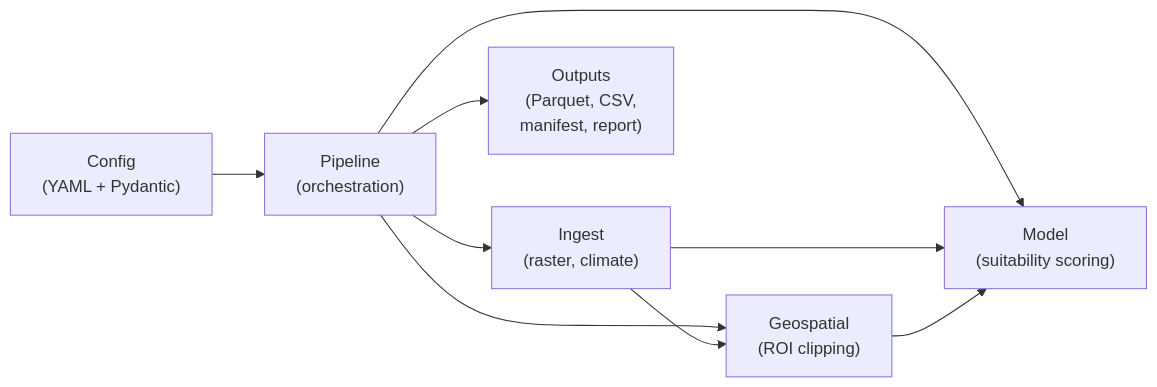
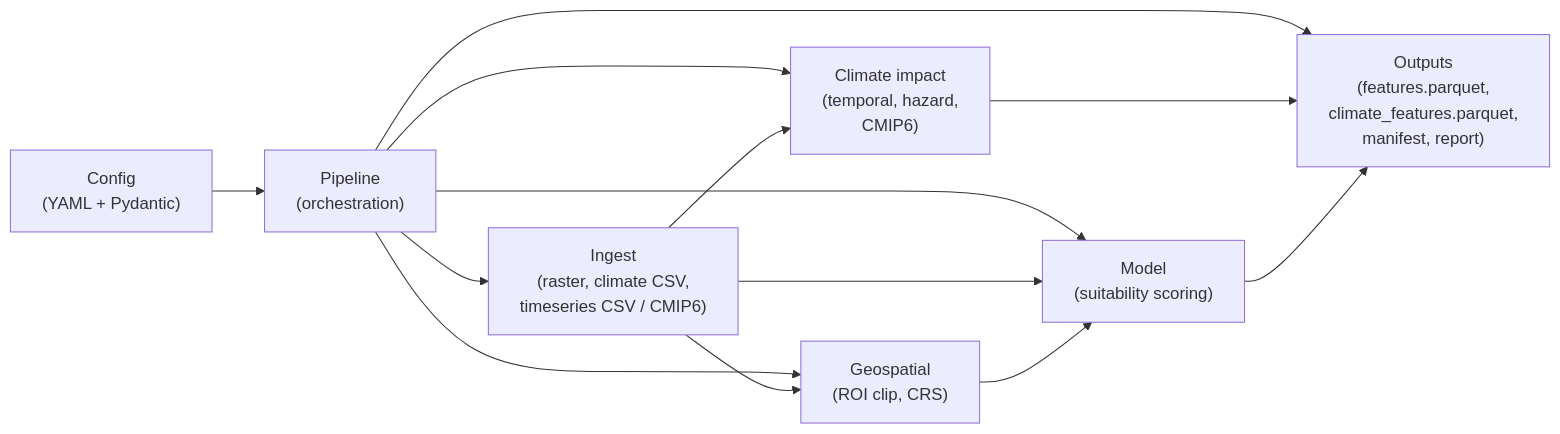
One commit to gmarupilla/AgroTerraFlow changed the diagram in README.md. Above: the diagram before and after it, drawn with Mermaid. The commit also changed 20 other files, not shown here.

First line of the commit message:
feat(#138f): wire run_pipeline to climate-impact orchestrator (#150)

````diff
--- a/README.md
+++ b/README.md
@@ -22,11 +22,15 @@
 ```mermaid
 flowchart LR
     CFG["Config<br/>(YAML + Pydantic)"] --> PIPE["Pipeline<br/>(orchestration)"]
-    PIPE --> ING["Ingest<br/>(raster, climate)"]
-    PIPE --> GEO["Geospatial<br/>(ROI clipping)"]
+    PIPE --> ING["Ingest<br/>(raster, climate CSV,<br/>timeseries CSV / CMIP6)"]
+    PIPE --> GEO["Geospatial<br/>(ROI clip, CRS)"]
+    PIPE --> CIM["Climate impact<br/>(temporal, hazard,<br/>CMIP6)"]
     PIPE --> MOD["Model<br/>(suitability scoring)"]
-    PIPE --> OUT["Outputs<br/>(Parquet, CSV,<br/>manifest, report)"]
+    PIPE --> OUT["Outputs<br/>(features.parquet,<br/>climate_features.parquet,<br/>manifest, report)"]
     ING --> GEO
+    ING --> CIM
     ING --> MOD
     GEO --> MOD
+    CIM --> OUT
+    MOD --> OUT
 ```
````
